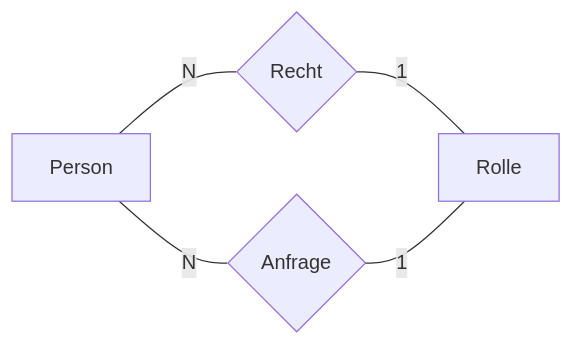
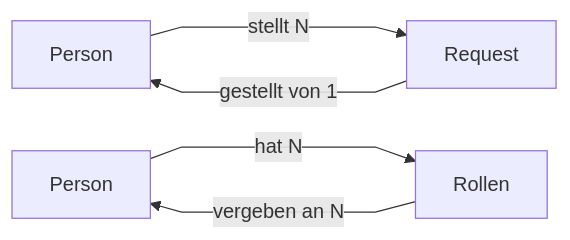
The diagram in README.md (CallMeHein/ITS_Project_1_Umzug), drawn with Mermaid before and after one commit. The commit also changed 279 other files, not shown here.

````diff
--- a/README.md
+++ b/README.md
@@ -133,7 +133,9 @@
 ```mermaid
-  %%{ init: { 'flowchart': { 'curve': '' } } }%%
+  %%{ init: { 'flowchart': { 'curve': 'linear' } } }%%
   graph LR;
-      A[Person]-- N --- B{Recht};
-      A -- N --- C{Anfrage};
-      B & C -- 1 --- D[Rolle]
+      A[Person]-- stellt N ---> B[Request]
+      B -- gestellt von 1 ---> A
+
+      D[Person] -- hat N ---> C[Rollen]
+      C -- vergeben an N ---> D
 ```
````
